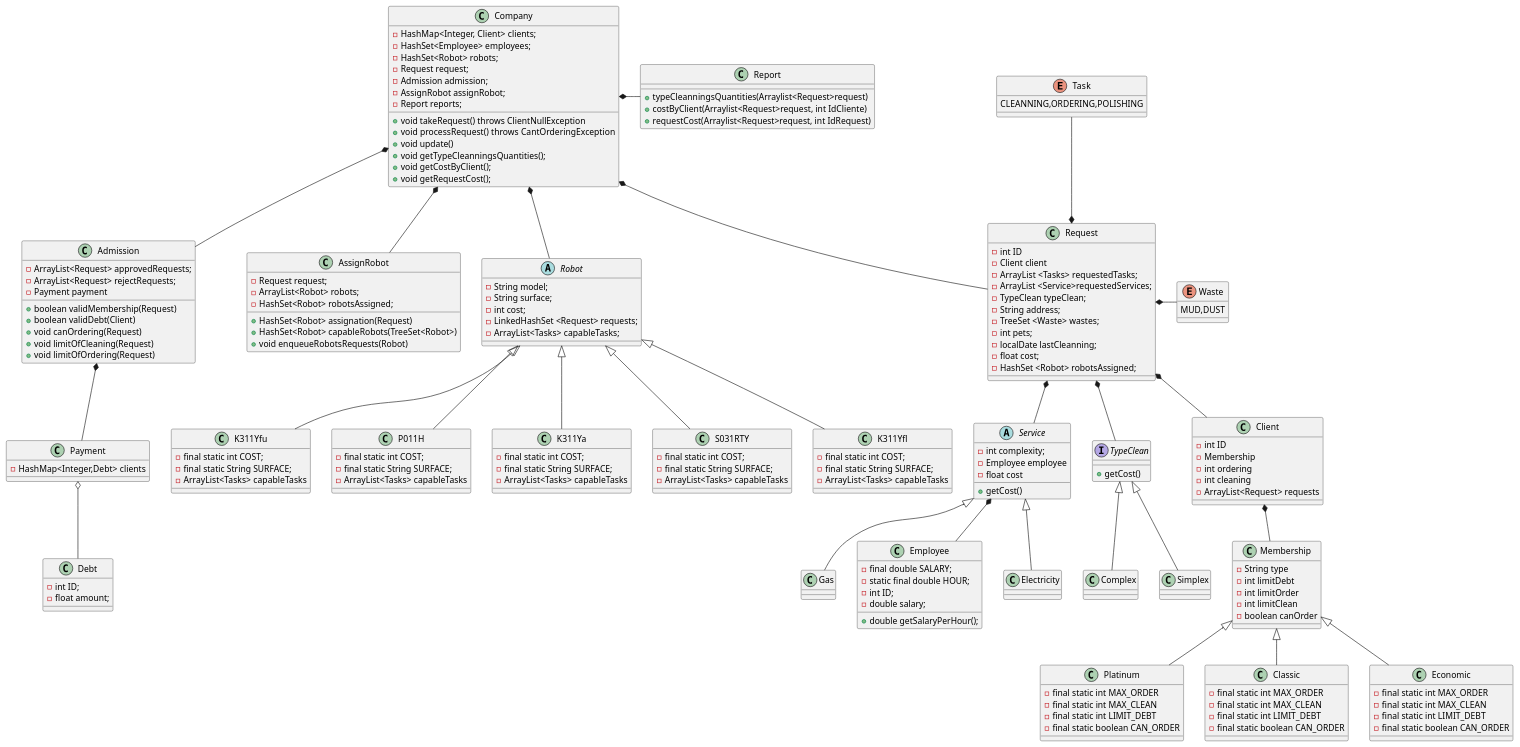
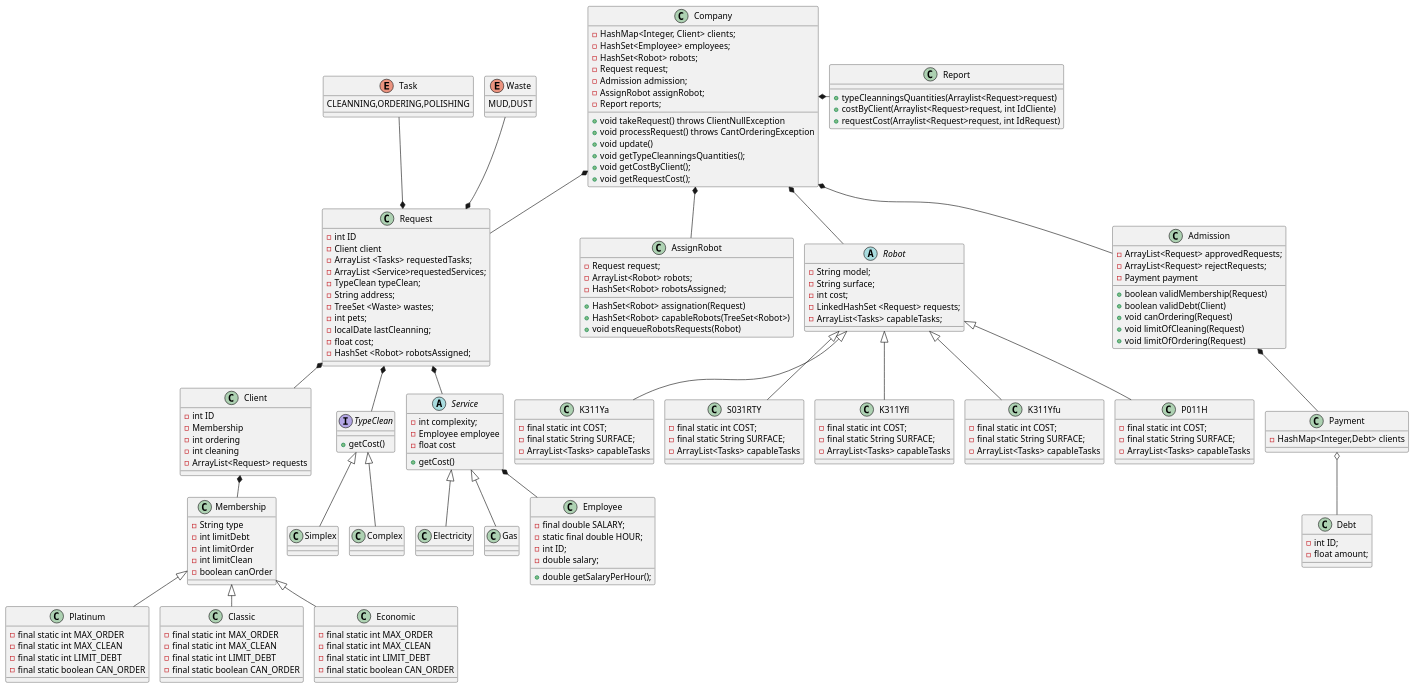
The diagram in diagramas/FusionDiagramas.puml (Grupo-3-Labo-y-prog/RobotsTP), drawn with PlantUML before and after one commit. The commit also changed 7 other files, not shown here.

Commit message:
corrección diagrama y cambios pequeños

```diff
--- a/diagramas/FusionDiagramas.puml
+++ b/diagramas/FusionDiagramas.puml
@@ -1,5 +1,6 @@
 @startuml
 'https://plantuml.com/class-diagram
+!pragma layout smetana
 
 
 class Company
@@ -45,8 +46,8 @@
 Employee -up-* Service
 Service<|--Electricity
 Service<|--Gas
-Waste --left--* Request
-Task --* Request
+Waste -down-* Request
+Task -down-* Request
 Admission *-- Payment
 Payment o-- Debt
 Robot <|-- K311Ya
```
